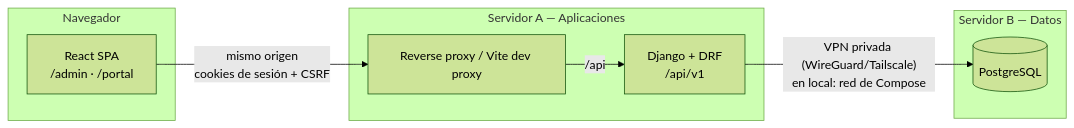
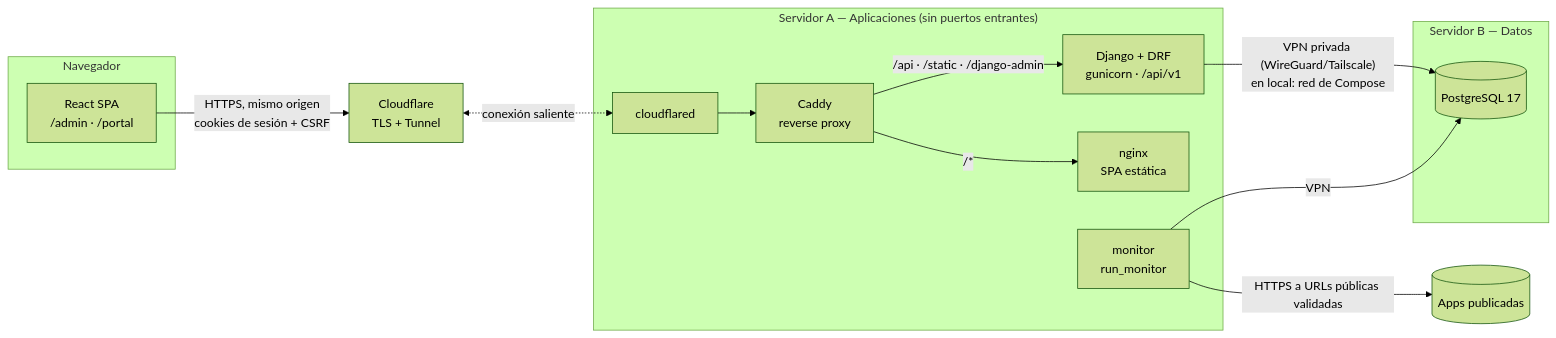
One commit to girlofthecodes/devhub changed the first of 2 diagrams in docs/architecture.md. Above: the diagram before and after it, drawn with Mermaid (forest theme). The commit also changed other lines of this file and 73 other files, not shown here.

````diff
--- a/docs/architecture.md
+++ b/docs/architecture.md
@@ -9,16 +9,25 @@
 ```mermaid
 flowchart LR
   subgraph Navegador
     SPA[React SPA<br/>/admin · /portal]
   end
-  subgraph "Servidor A — Aplicaciones"
-    P[Reverse proxy / Vite dev proxy]
-    API[Django + DRF<br/>/api/v1]
+  CF[Cloudflare<br/>TLS + Tunnel]
+  subgraph "Servidor A — Aplicaciones (sin puertos entrantes)"
+    CD[cloudflared]
+    P[Caddy<br/>reverse proxy]
+    API[Django + DRF<br/>gunicorn · /api/v1]
+    FE[nginx<br/>SPA estática]
+    MON[monitor<br/>run_monitor]
   end
   subgraph "Servidor B — Datos"
-    DB[(PostgreSQL)]
+    DB[(PostgreSQL 17)]
   end
-  SPA -- "mismo origen<br/>cookies de sesión + CSRF" --> P
-  P -- "/api" --> API
+  SPA -- "HTTPS, mismo origen<br/>cookies de sesión + CSRF" --> CF
+  CF <-. "conexión saliente" .-> CD
+  CD --> P
+  P -- "/api · /static · /django-admin" --> API
+  P -- "/*" --> FE
   API -- "VPN privada (WireGuard/Tailscale)<br/>en local: red de Compose" --> DB
+  MON -- VPN --> DB
+  MON -- "HTTPS a URLs públicas validadas" --> Apps[(Apps publicadas)]
 ```
````
